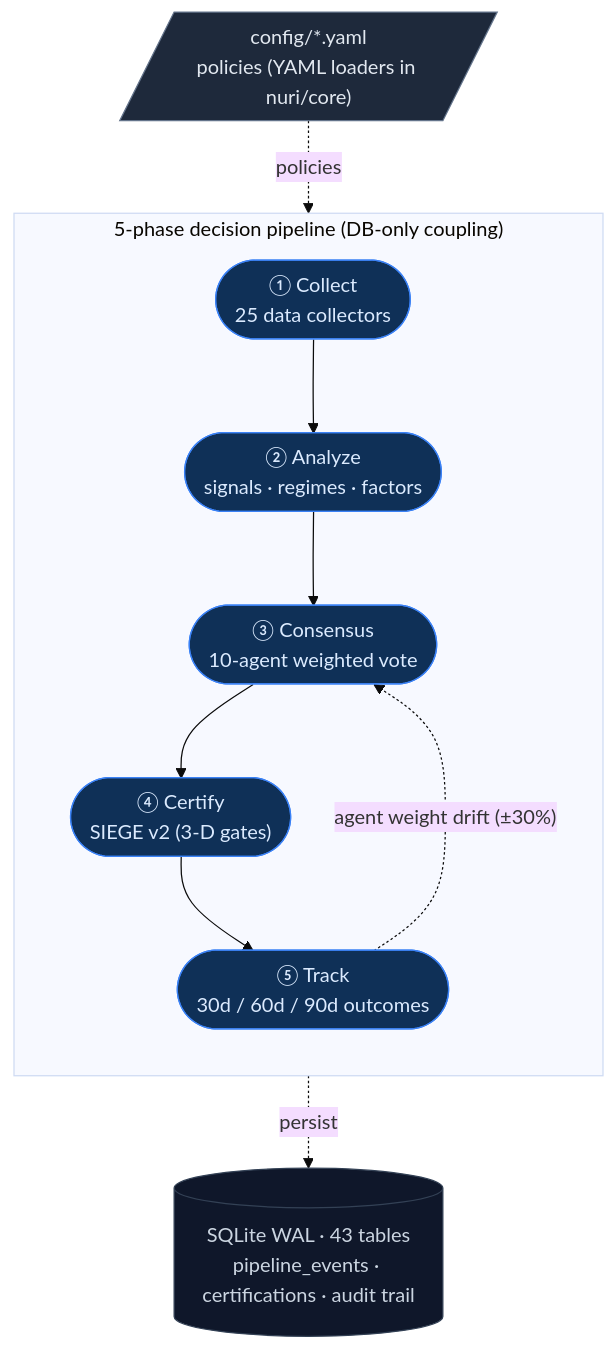
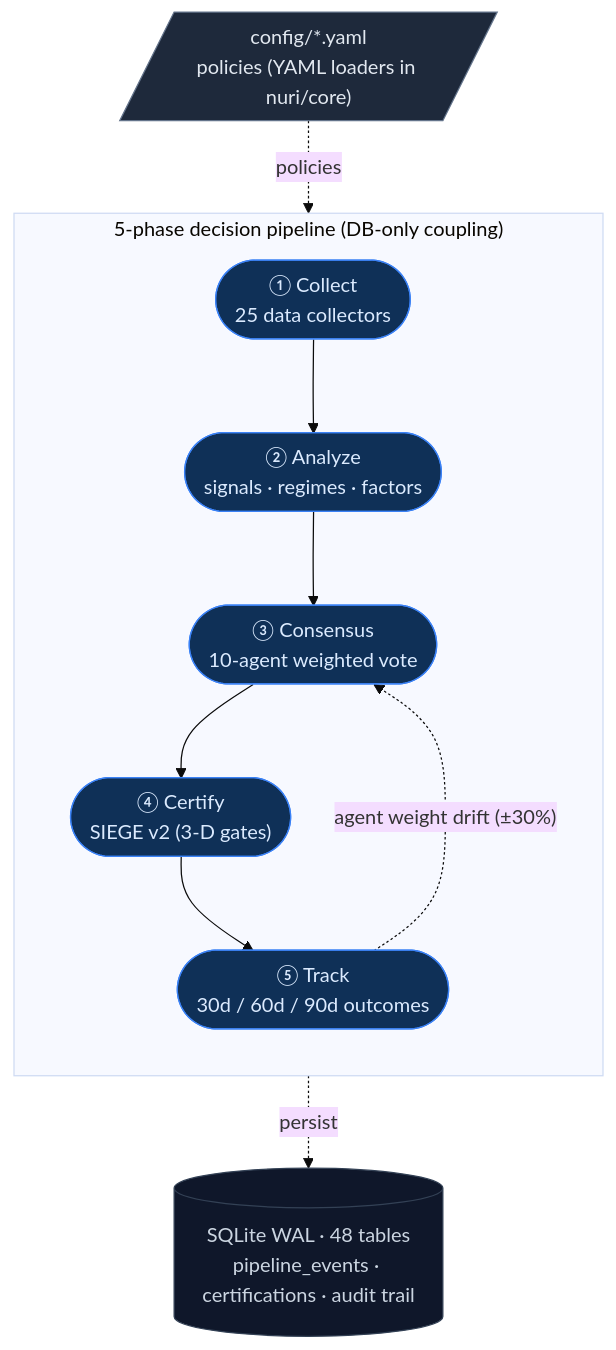
Before and after one commit to researcherhojin/nuri-quant: the diagram in README.md, drawn with Mermaid (base theme). The commit also changed 8 other files, not shown here.

````diff
--- a/README.md
+++ b/README.md
@@ -17,25 +17,25 @@
 ```mermaid
 flowchart TB
     CFG[/"config/*.yaml<br/>policies (YAML loaders in nuri/core)"/]:::source
 
     subgraph Pipeline["5-phase decision pipeline (DB-only coupling)"]
         direction TB
         A(["① Collect<br/>25 data collectors"]):::pipe
         B(["② Analyze<br/>signals · regimes · factors"]):::pipe
         C(["③ Consensus<br/>10-agent weighted vote"]):::pipe
         D(["④ Certify<br/>SIEGE v2 (3-D gates)"]):::pipe
         E(["⑤ Track<br/>30d / 60d / 90d outcomes"]):::pipe
 
         A --> B --> C --> D --> E
         E -. "agent weight drift (±30%)" .-> C
     end
 
-    DB[("SQLite WAL · 43 tables<br/>pipeline_events · certifications · audit trail")]:::sink
+    DB[("SQLite WAL · 48 tables<br/>pipeline_events · certifications · audit trail")]:::sink
 
     CFG -. policies .-> Pipeline
     Pipeline -. persist .-> DB
 
     classDef source fill:#1e293b,stroke:#64748b,color:#e2e8f0
     classDef pipe   fill:#0f3057,stroke:#3b82f6,color:#dbeafe
     classDef sink   fill:#0f172a,stroke:#334155,color:#cbd5e1
 ```
````
